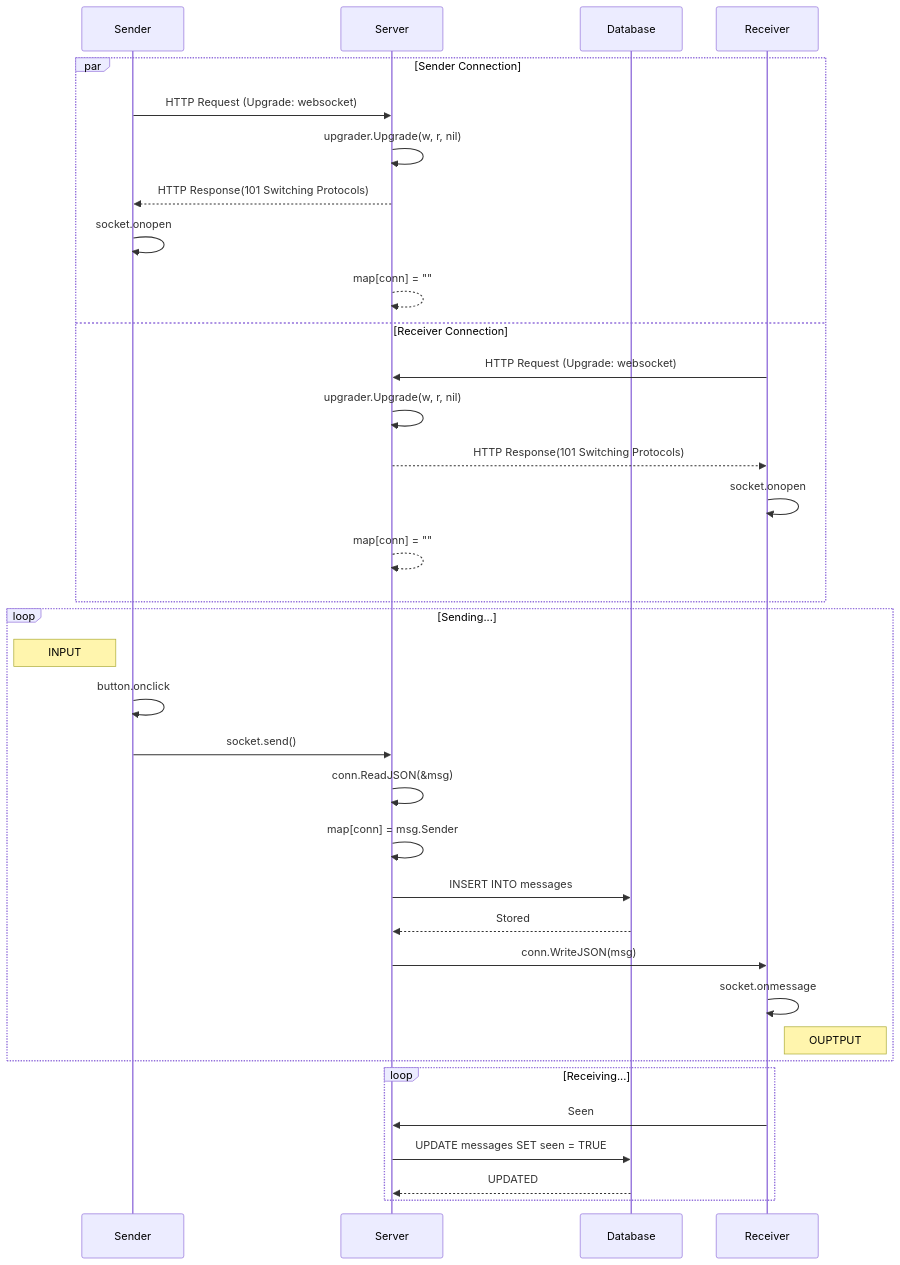
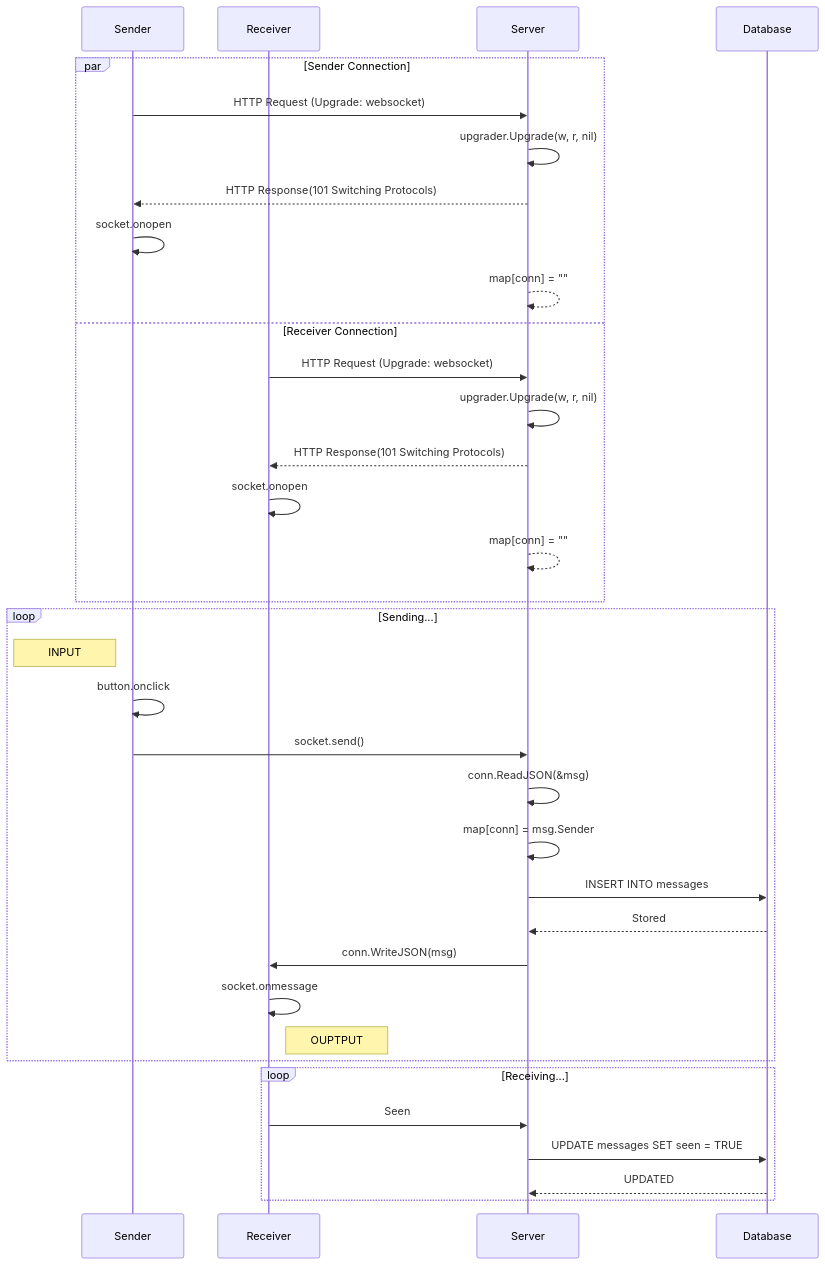
The eighth of 10 diagrams in README.md (mamadbah2/social-network), drawn with Mermaid before and after one commit. The commit also changed other lines of this file and 3 other files, not shown here.

````diff
--- a/README.md
+++ b/README.md
@@ -397,40 +397,40 @@
 ```mermaid
 sequenceDiagram
     Participant Sender
+    Participant Receiver
     Participant Server
     Participant Database
-    Participant Receiver
 
     par Sender Connection
         Sender ->> Server: HTTP Request (Upgrade: websocket)
         Server ->> Server: upgrader.Upgrade(w, r, nil)
         Server -->> Sender: HTTP Response(101 Switching Protocols)
         Sender ->> Sender: socket.onopen
         Server -->> Server: map[conn] = ""
     and Receiver Connection
         Receiver ->> Server: HTTP Request (Upgrade: websocket)
         Server ->> Server: upgrader.Upgrade(w, r, nil)
         Server -->> Receiver: HTTP Response(101 Switching Protocols)
         Receiver ->> Receiver: socket.onopen
         Server -->> Server: map[conn] = ""
     end
 
     loop Sending...
         Note left of Sender: INPUT
         Sender ->> Sender: button.onclick
         Sender ->> Server: socket.send()
        Server ->> Server: conn.ReadJSON(&msg)
         Server ->> Server: map[conn] = msg.Sender
         Server ->> Database: INSERT INTO messages
         Database -->> Server: Stored
         Server ->> Receiver: conn.WriteJSON(msg)
        Receiver ->> Receiver: socket.onmessage
         Note right of Receiver: OUPTPUT
     end
 
     loop Receiving...
         Receiver ->> Server: Seen
         Server ->> Database: UPDATE messages SET seen = TRUE
         Database -->> Server: UPDATED
     end
 ```
````
